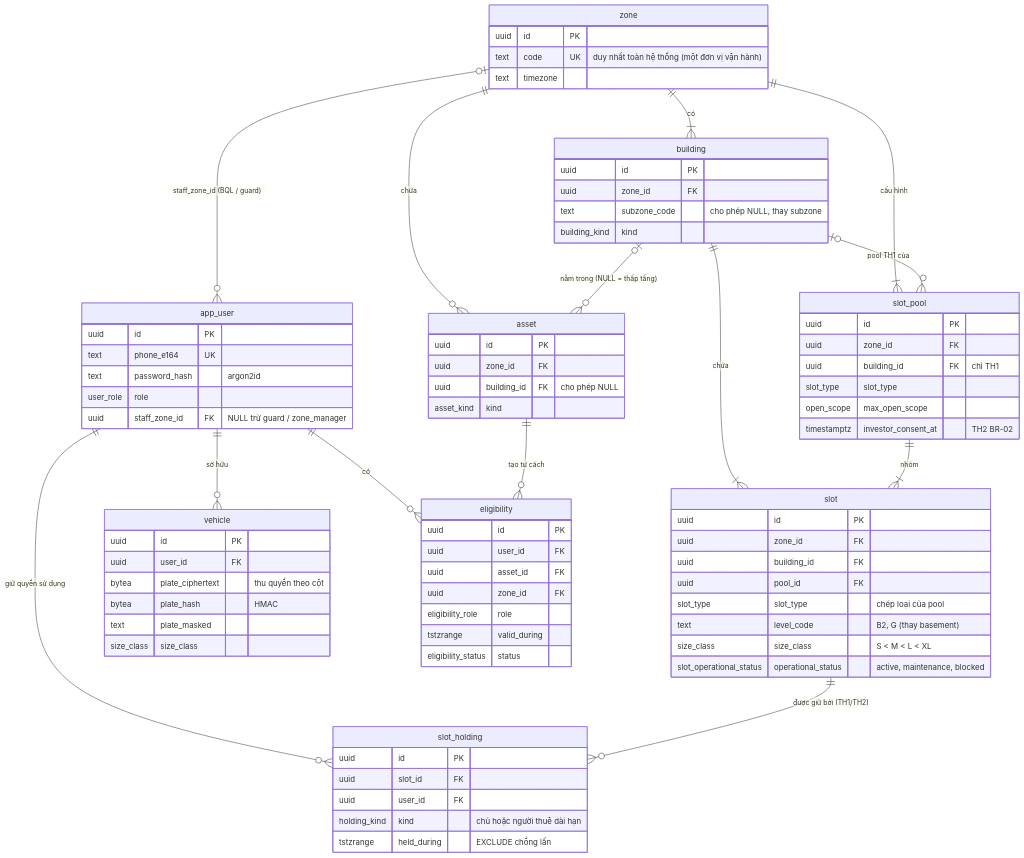
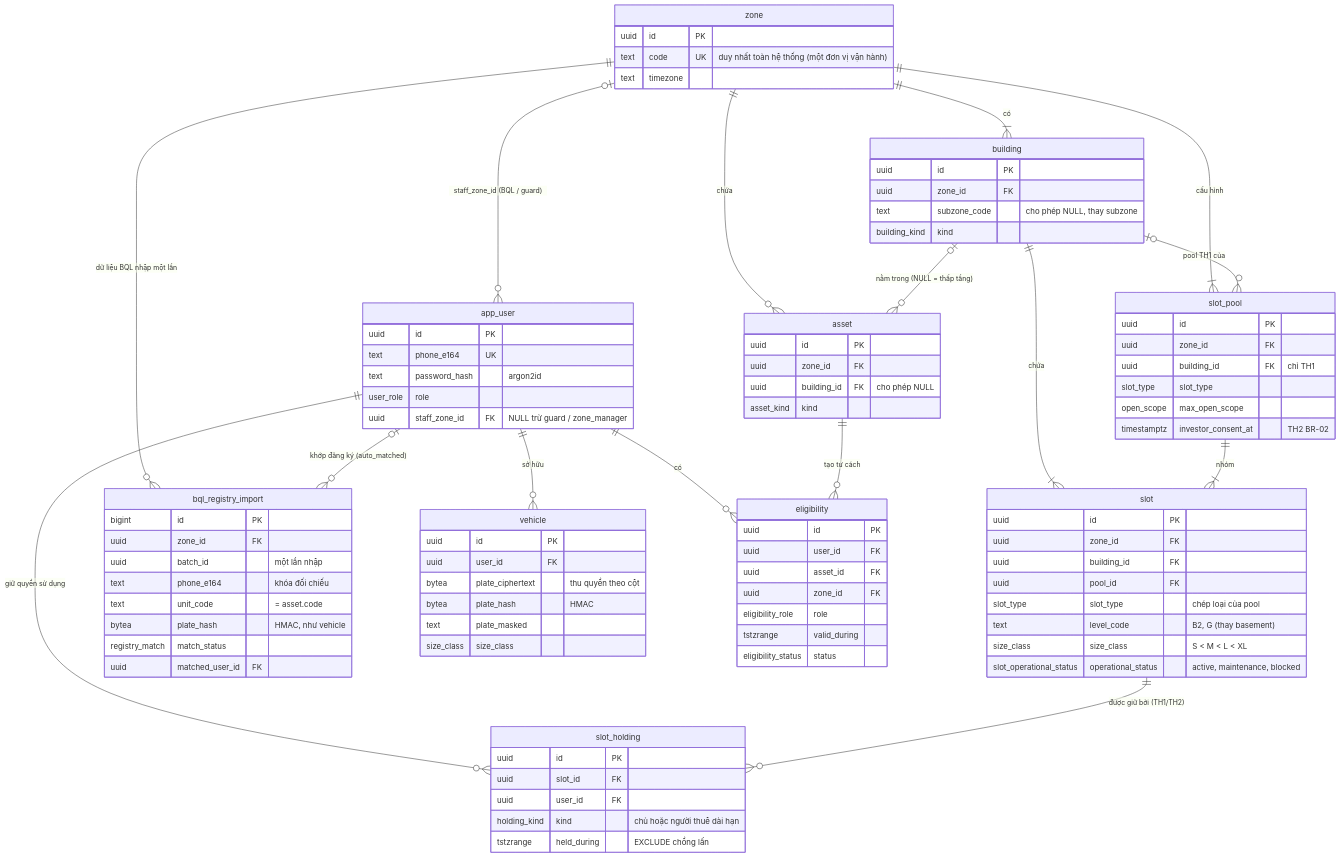
The diagram in docs/03-design/erd/01-facility-people.md (leewinie2104-lang/AITC-t-142), drawn with Mermaid before and after one commit. The commit also changed 56 other files, not shown here.

````diff
--- a/docs/03-design/erd/01-facility-people.md
+++ b/docs/03-design/erd/01-facility-people.md
@@ -9,6 +9,8 @@
     building |o--o{ slot_pool : "pool TH1 của"
     building ||--|{ slot : "chứa"
     slot_pool ||--|{ slot : "nhóm"
+    zone ||--o{ bql_registry_import : "dữ liệu BQL nhập một lần"
+    app_user |o--o{ bql_registry_import : "khớp đăng ký (auto_matched)"
 
     app_user ||--o{ vehicle : "sở hữu"
     app_user ||--o{ eligibility : "có"
@@ -85,4 +87,14 @@
         text plate_masked
         size_class size_class
     }
+    bql_registry_import {
+        bigint id PK
+        uuid zone_id FK
+        uuid batch_id "một lần nhập"
+        text phone_e164 "khóa đối chiếu"
+        text unit_code "= asset.code"
+        bytea plate_hash "HMAC, như vehicle"
+        registry_match match_status
+        uuid matched_user_id FK
+    }
 ```
````
